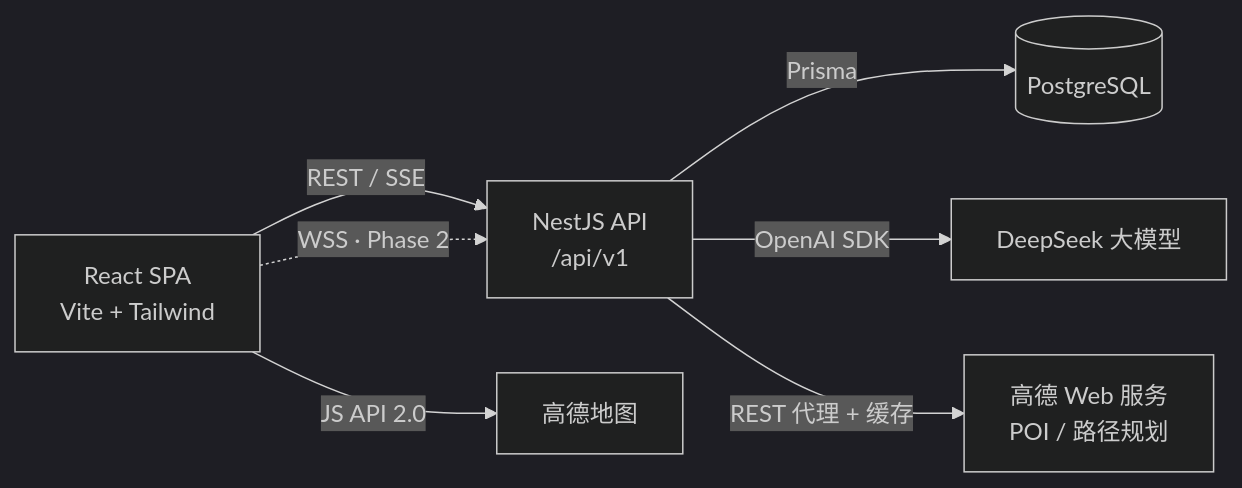
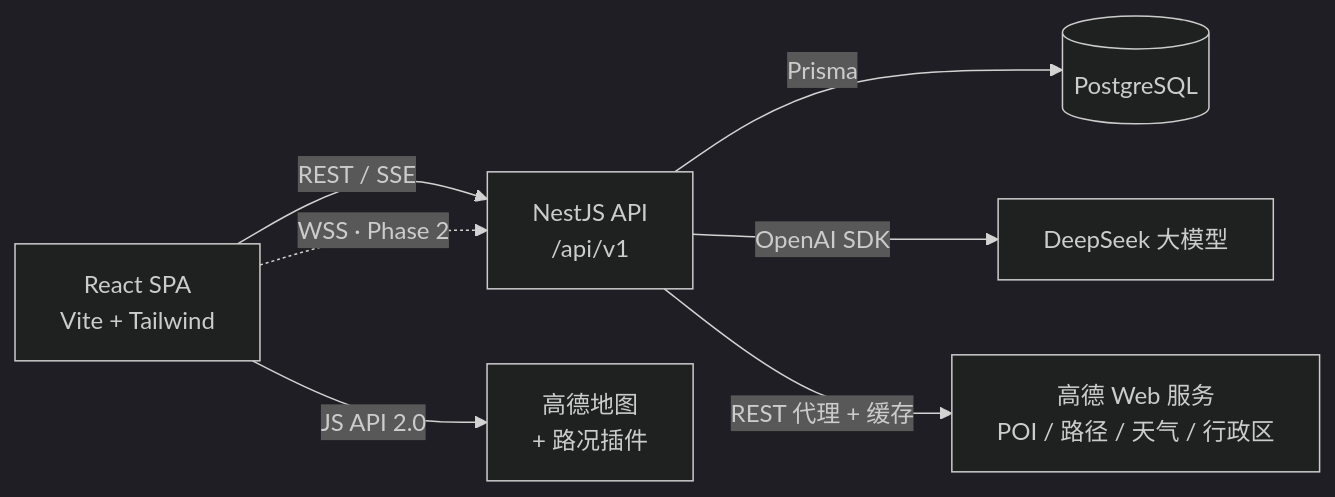
One commit to Gezhihao-nuist/lvtu changed the diagram in README.md. Above: the diagram before and after it, drawn with Mermaid (dark theme). The commit also changed other lines of this file and 5 other files, not shown here.

First line of the commit message:
docs: 更新 README 与全部界面截图到最新版本

````diff
--- a/README.md
+++ b/README.md
@@ -59,9 +66,9 @@
 ```mermaid
 graph LR
     A[React SPA<br/>Vite + Tailwind] -- REST / SSE --> B[NestJS API<br/>/api/v1]
     A -. WSS · Phase 2 .-> B
     B -- Prisma --> C[(PostgreSQL)]
     B -- OpenAI SDK --> D[DeepSeek 大模型]
-    B -- REST 代理 + 缓存 --> E[高德 Web 服务<br/>POI / 路径规划]
-    A -- JS API 2.0 --> F[高德地图]
+    B -- REST 代理 + 缓存 --> E[高德 Web 服务<br/>POI / 路径 / 天气 / 行政区]
+    A -- JS API 2.0 --> F[高德地图<br/>+ 路况插件]
 ```
````
